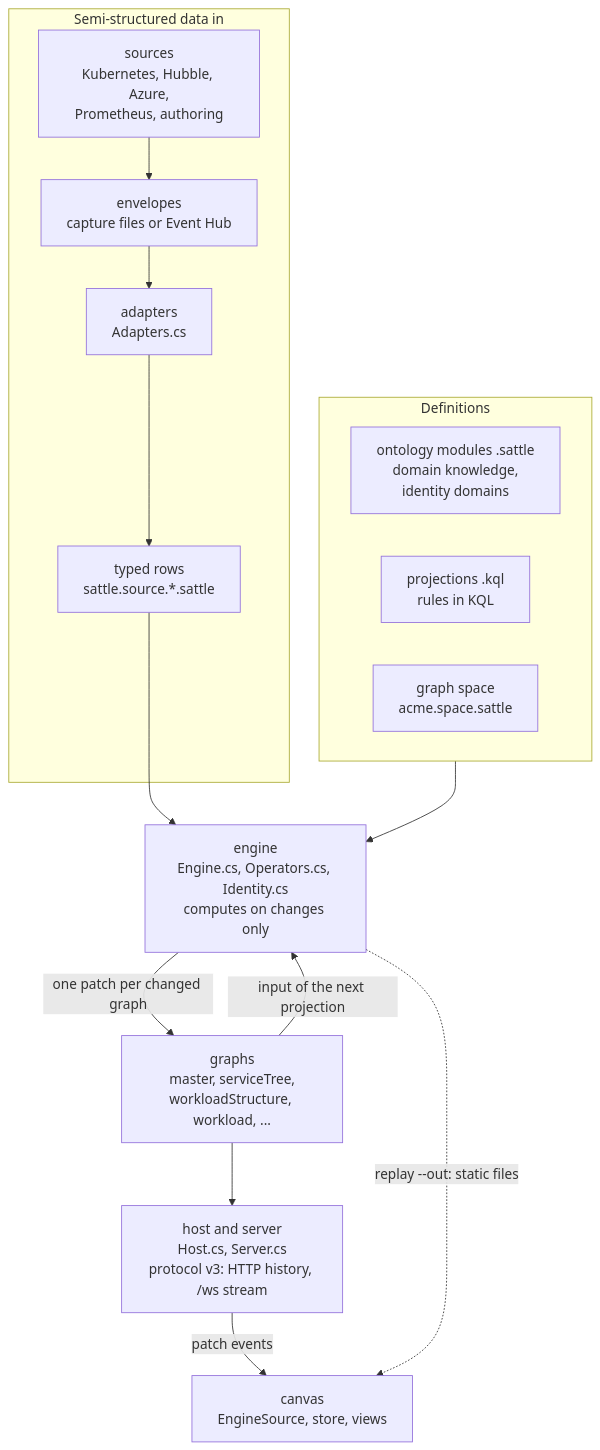
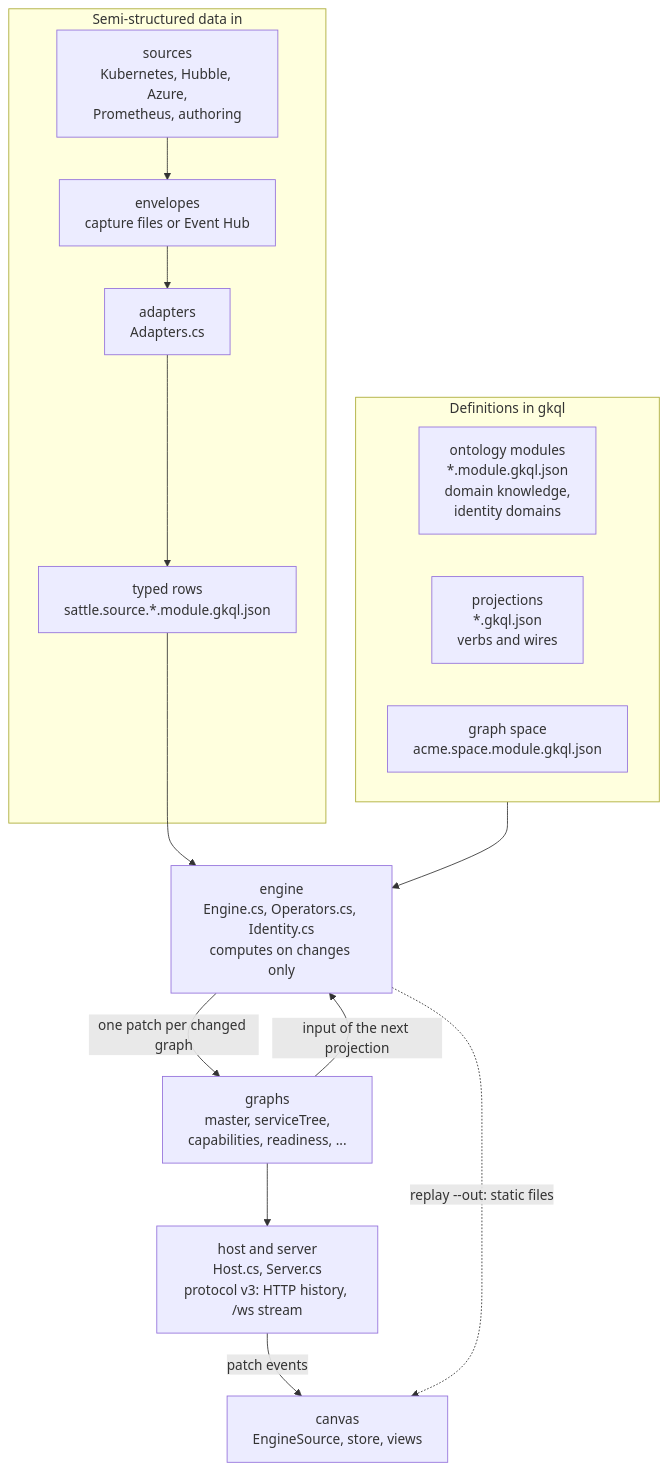
Before and after one commit to abossard/sattle: the first of 4 diagrams in README.md, drawn with Mermaid. The commit also changed other lines of this file and 1 other file, not shown here.

Commit message:
README and engine README name gkql as the only language: a gkql section with every verb and option, the walk through the current projections, the six graphs of the neutral space; the KQL, .sattle, printer, workload, tree and deployment health text goes (#132)

````diff
--- a/README.md
+++ b/README.md
@@ -52,25 +52,25 @@
 ```mermaid
 flowchart TB
   subgraph IN["Semi-structured data in"]
     SRC["sources<br/>Kubernetes, Hubble, Azure,<br/>Prometheus, authoring"]
     ENV["envelopes<br/>capture files or Event Hub"]
     AD["adapters<br/>Adapters.cs"]
-    ROWS["typed rows<br/>sattle.source.*.sattle"]
+    ROWS["typed rows<br/>sattle.source.*.module.gkql.json"]
     SRC --> ENV --> AD --> ROWS
   end
-  subgraph DEF["Definitions"]
-    ONT["ontology modules .sattle<br/>domain knowledge,<br/>identity domains"]
-    KQL["projections .kql<br/>rules in KQL"]
-    SP["graph space<br/>acme.space.sattle"]
+  subgraph DEF["Definitions in gkql"]
+    ONT["ontology modules<br/>*.module.gkql.json<br/>domain knowledge,<br/>identity domains"]
+    PRJ["projections<br/>*.gkql.json<br/>verbs and wires"]
+    SP["graph space<br/>acme.space.module.gkql.json"]
   end
   ENG["engine<br/>Engine.cs, Operators.cs, Identity.cs<br/>computes on changes only"]
-  G["graphs<br/>master, serviceTree,<br/>workloadStructure, workload, ..."]
+  G["graphs<br/>master, serviceTree,<br/>capabilities, readiness, ..."]
   HOST["host and server<br/>Host.cs, Server.cs<br/>protocol v3: HTTP history, /ws stream"]
   CV["canvas<br/>EngineSource, store, views"]
   ROWS --> ENG
   DEF --> ENG
   ENG -->|"one patch per changed graph"| G
   G -->|"input of the next projection"| ENG
   G --> HOST -->|"patch events"| CV
   ENG -.->|"replay --out: static files"| CV
 ```
````
